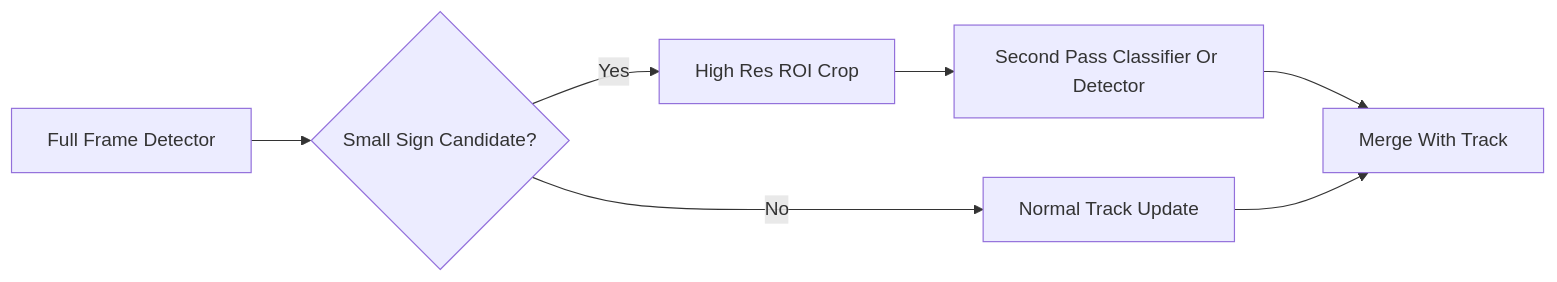
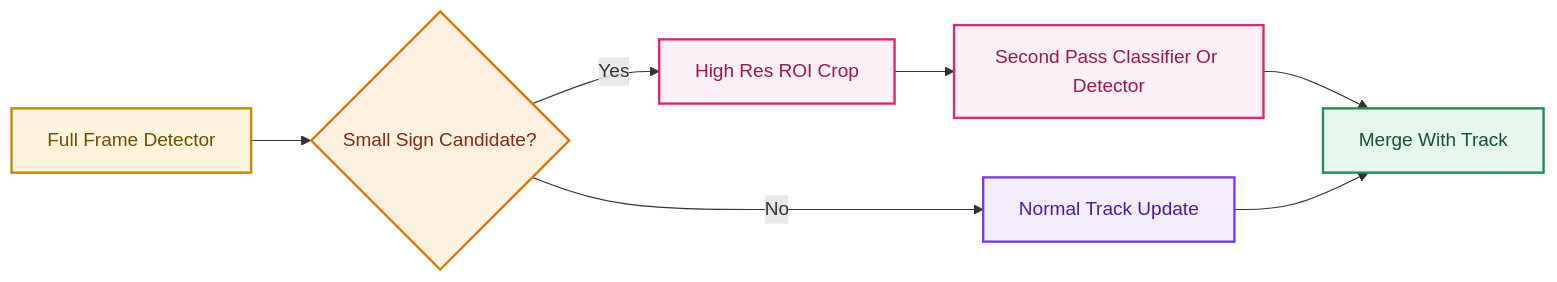
Before and after one commit to LeNguyenHaiDuong/adas-tsr: the sixth of 15 diagrams in research/3.research_tsr_detection_architecture_research.md, drawn with Mermaid. The commit also changed other lines of this file and 5 other files, not shown here.

Commit message:
Add mermaid color

````diff
--- a/research/3.research_tsr_detection_architecture_research.md
+++ b/research/3.research_tsr_detection_architecture_research.md
@@ -437,9 +477,20 @@
 ```mermaid
 flowchart LR
     A[Full Frame Detector] --> B{Small Sign Candidate?}
     B -->|No| C[Normal Track Update]
     B -->|Yes| D[High Res ROI Crop]
     D --> E[Second Pass Classifier Or Detector]
     E --> F[Merge With Track]
     C --> F
+
+    classDef baseline fill:#FFF5DD,stroke:#C78600,color:#6B4F00,stroke-width:2px;
+    classDef decision fill:#FFF1E0,stroke:#D97706,color:#7C2D12,stroke-width:2px;
+    classDef temporal fill:#F4ECFF,stroke:#7C3AED,color:#4C1D95,stroke-width:2px;
+    classDef support fill:#FCEFF5,stroke:#DB2777,color:#9D174D,stroke-width:2px;
+    classDef integration fill:#E8F7EE,stroke:#1E8E5A,color:#14532D,stroke-width:2px;
+    class A baseline;
+    class B decision;
+    class C temporal;
+    class D,E support;
+    class F integration;
 ```
````
